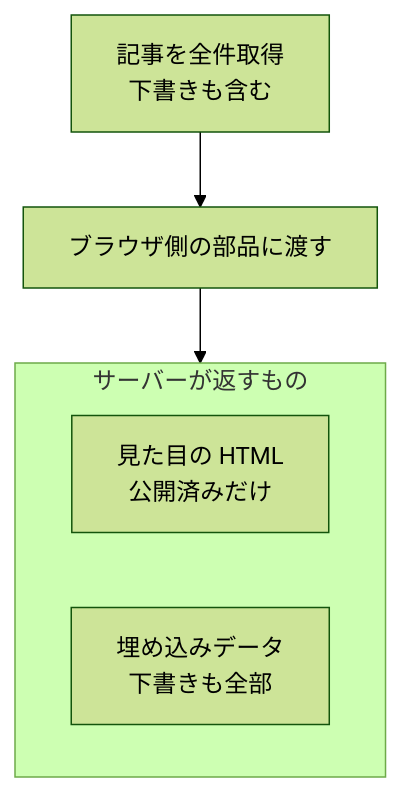
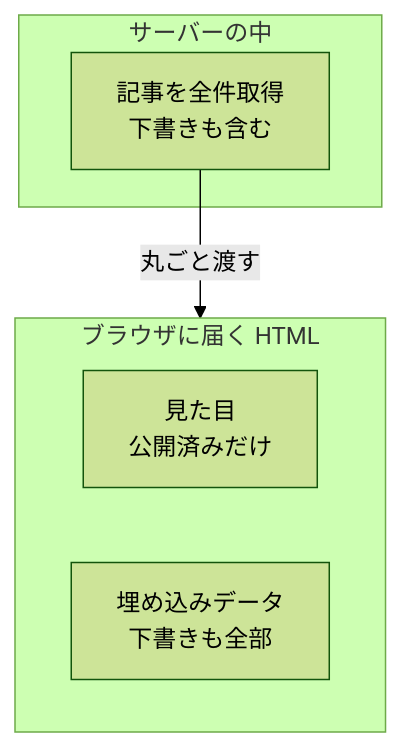
The third of 3 diagrams in docs/lessons/day51/index.md (ozaki25/web-front-training-ozaki25), drawn with Mermaid (forest theme) before and after one commit. The commit also changed other lines of this file, not shown here.

First line of the commit message:
Day 51 の図で矢印に一つの意味だけを持たせる

````diff
--- a/docs/lessons/day51/index.md
+++ b/docs/lessons/day51/index.md
@@ -151,10 +151,11 @@
 ```mermaid
 flowchart TB
-  A["記事を全件取得<br>下書きも含む"]
-  A --> B["ブラウザ側の部品に渡す"]
-  B --> R
-  subgraph R["サーバーが返すもの"]
-    H["見た目の HTML<br>公開済みだけ"]
+  subgraph S["サーバーの中"]
+    A["記事を全件取得<br>下書きも含む"]
+  end
+  A -->|"丸ごと渡す"| B
+  subgraph B["ブラウザに届く HTML"]
+    H["見た目<br>公開済みだけ"]
     D["埋め込みデータ<br>下書きも全部"]
   end
 ```
````
